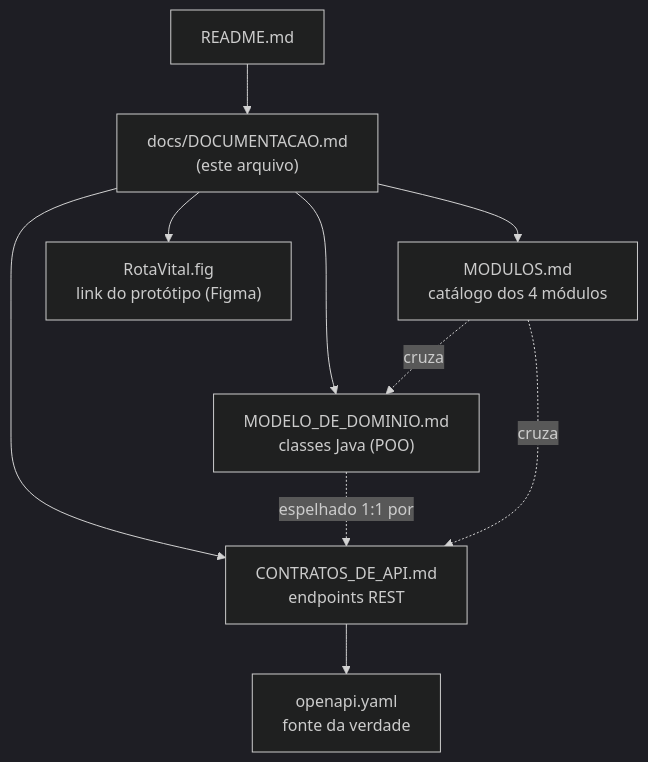
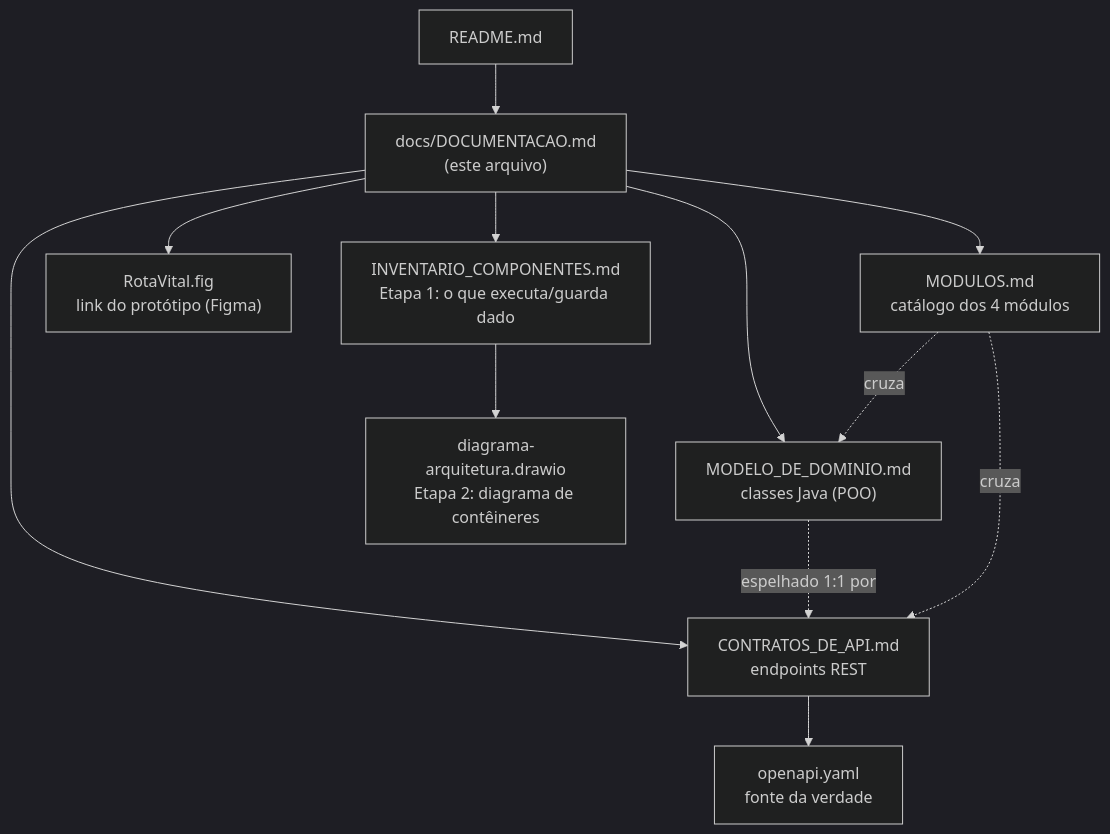
One commit to viictorpaes/Rotavital changed the diagram in docs/DOCUMENTACAO.md. Above: the diagram before and after it, drawn with Mermaid (dark theme). The commit also changed other lines of this file and 13 other files, not shown here.

````diff
--- a/docs/DOCUMENTACAO.md
+++ b/docs/DOCUMENTACAO.md
@@ -29,12 +30,14 @@
 ```mermaid
 flowchart TD
     R["README.md"] --> IDX["docs/DOCUMENTACAO.md<br/>(este arquivo)"]
     IDX --> DOM["MODELO_DE_DOMINIO.md<br/>classes Java (POO)"]
     IDX --> API["CONTRATOS_DE_API.md<br/>endpoints REST"]
     IDX --> MOD["MODULOS.md<br/>catálogo dos 4 módulos"]
     API --> SPEC["openapi.yaml<br/>fonte da verdade"]
     DOM -. "espelhado 1:1 por" .-> API
     MOD -. "cruza" .-> DOM
     MOD -. "cruza" .-> API
     IDX --> FIG["RotaVital.fig<br/>link do protótipo (Figma)"]
+    IDX --> INV["INVENTARIO_COMPONENTES.md<br/>Etapa 1: o que executa/guarda dado"]
+    INV --> DRAW["diagrama-arquitetura.drawio<br/>Etapa 2: diagrama de contêineres"]
 ```
````
